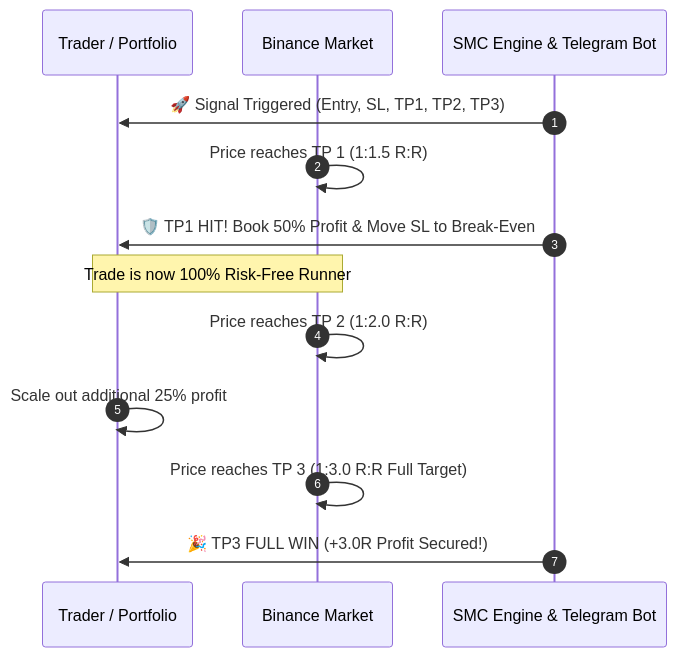
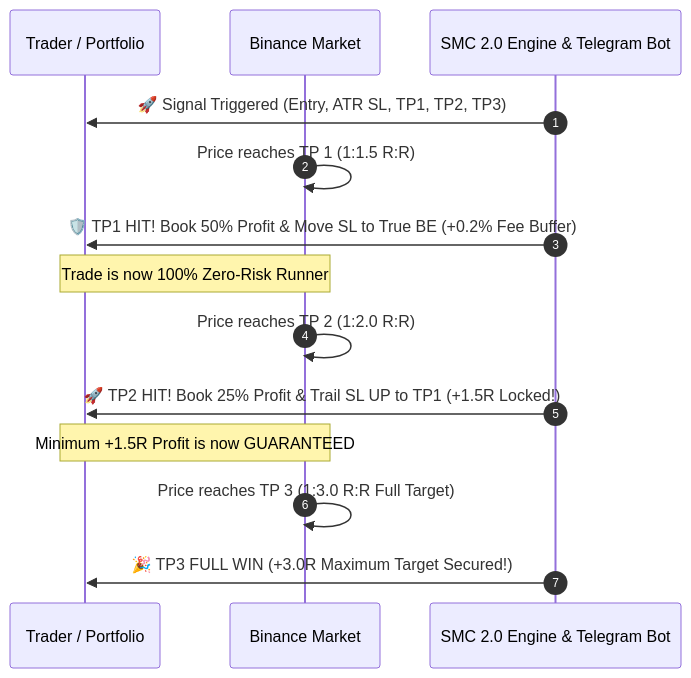
Before and after one commit to jayawmdi-source/Crypto_Signals: the second of 2 diagrams in TRADING_SYSTEM_REPORT.md, drawn with Mermaid. The commit also changed other lines of this file and 7 other files, not shown here.

Commit message:
feat: complete institutional SMC 2.0 rebuild with FVG, Liquidity Sweeps, 4H MTF, Trailing BE, and ATR stops

````diff
--- a/TRADING_SYSTEM_REPORT.md
+++ b/TRADING_SYSTEM_REPORT.md
@@ -85,16 +85,17 @@
 ```mermaid
 sequenceDiagram
     autonumber
     participant Trader as Trader / Portfolio
     participant Market as Binance Market
-    participant Bot as SMC Engine & Telegram Bot
+    participant Bot as SMC 2.0 Engine & Telegram Bot
 
-    Bot->>Trader: 🚀 Signal Triggered (Entry, SL, TP1, TP2, TP3)
+    Bot->>Trader: 🚀 Signal Triggered (Entry, ATR SL, TP1, TP2, TP3)
     Market->>Market: Price reaches TP 1 (1:1.5 R:R)
-    Bot->>Trader: 🛡️ TP1 HIT! Book 50% Profit & Move SL to Break-Even
-    Note over Trader,Market: Trade is now 100% Risk-Free Runner
+    Bot->>Trader: 🛡️ TP1 HIT! Book 50% Profit & Move SL to True BE (+0.2% Fee Buffer)
+    Note over Trader,Market: Trade is now 100% Zero-Risk Runner
     Market->>Market: Price reaches TP 2 (1:2.0 R:R)
-    Trader->>Trader: Scale out additional 25% profit
+    Bot->>Trader: 🚀 TP2 HIT! Book 25% Profit & Trail SL UP to TP1 (+1.5R Locked!)
+    Note over Trader,Market: Minimum +1.5R Profit is now GUARANTEED
     Market->>Market: Price reaches TP 3 (1:3.0 R:R Full Target)
-    Bot->>Trader: 🎉 TP3 FULL WIN (+3.0R Profit Secured!)
+    Bot->>Trader: 🎉 TP3 FULL WIN (+3.0R Maximum Target Secured!)
 ```
````
